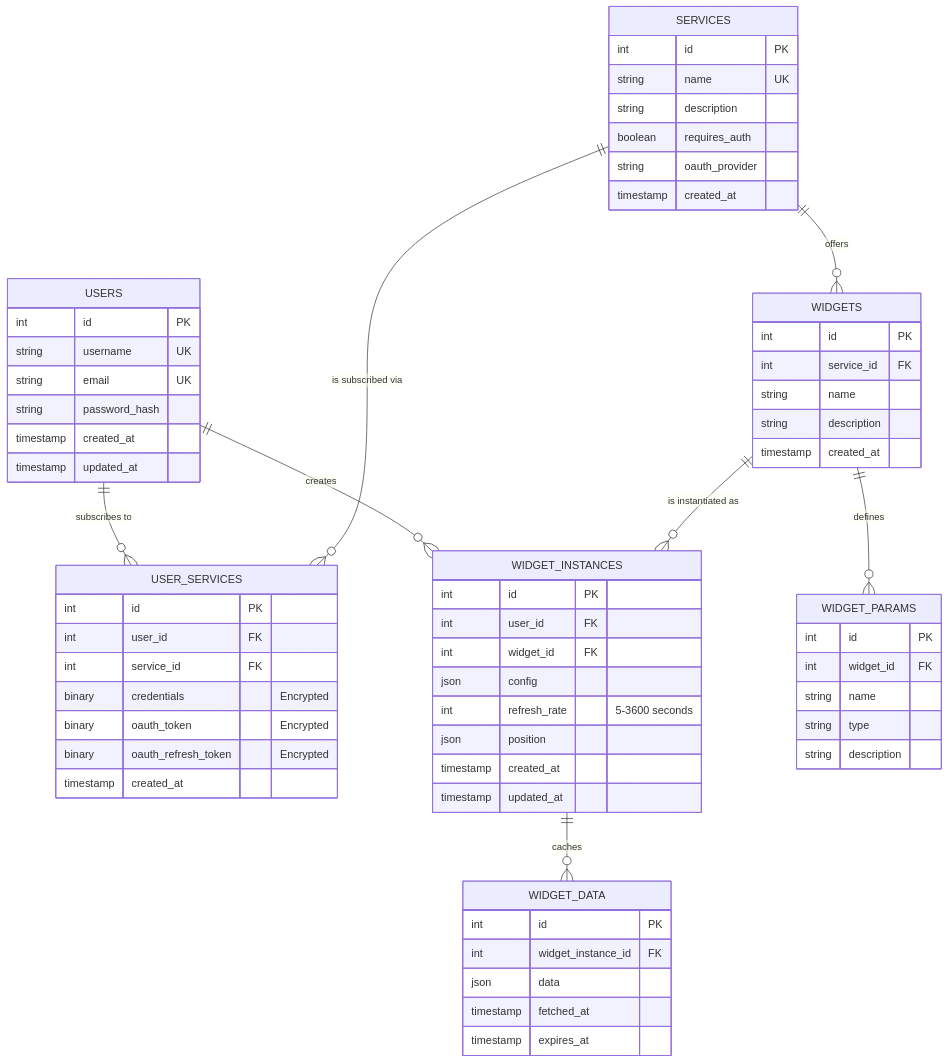
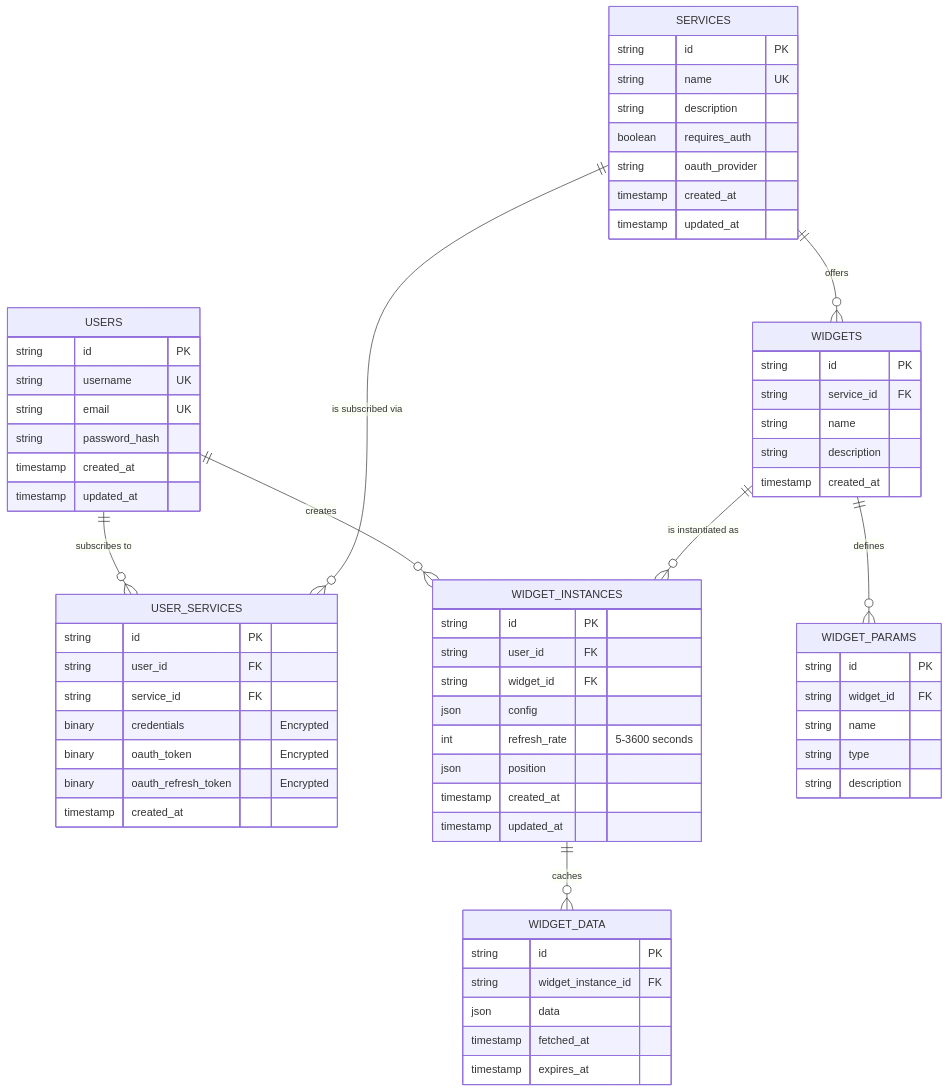
The third of 3 diagrams in backend/doc.md (janumaruku/Dashbord-epitech), drawn with Mermaid before and after one commit. The commit also changed other lines of this file, not shown here.

````diff
--- a/backend/doc.md
+++ b/backend/doc.md
@@ -796,67 +796,68 @@
 ```mermaid
 erDiagram
    USERS ||--o{ USER_SERVICES : "subscribes to"
    USERS ||--o{ WIDGET_INSTANCES : "creates"
    SERVICES ||--o{ WIDGETS : "offers"
    SERVICES ||--o{ USER_SERVICES : "is subscribed via"
    WIDGETS ||--o{ WIDGET_PARAMS : "defines"
    WIDGETS ||--o{ WIDGET_INSTANCES : "is instantiated as"
    WIDGET_INSTANCES ||--o{ WIDGET_DATA : "caches"
 
    USERS {
-      int id PK
+      string id PK
       string username UK
       string email UK
       string password_hash
       timestamp created_at
       timestamp updated_at
    }
    SERVICES {
-      int id PK
+      string id PK
       string name UK
       string description
       boolean requires_auth
       string oauth_provider
       timestamp created_at
+      timestamp updated_at
    }
    USER_SERVICES {
-      int id PK
-      int user_id FK
-      int service_id FK
+      string id PK
+      string user_id FK
+      string service_id FK
       binary credentials "Encrypted"
       binary oauth_token "Encrypted"
       binary oauth_refresh_token "Encrypted"
       timestamp created_at
    }
    WIDGETS {
-      int id PK
-      int service_id FK
+      string id PK
+      string service_id FK
       string name
       string description
       timestamp created_at
    }
    WIDGET_PARAMS {
-      int id PK
-      int widget_id FK
+      string id PK
+      string widget_id FK
       string name
       string type
       string description
    }
    WIDGET_INSTANCES {
-      int id PK
-      int user_id FK
-      int widget_id FK
+      string id PK
+      string user_id FK
+      string widget_id FK
       json config
       int refresh_rate "5-3600 seconds"
       json position
       timestamp created_at
       timestamp updated_at
    }
    WIDGET_DATA {
-      int id PK
-      int widget_instance_id FK
+      string id PK
+      string widget_instance_id FK
       json data
       timestamp fetched_at
       timestamp expires_at
    }
 ```
````
